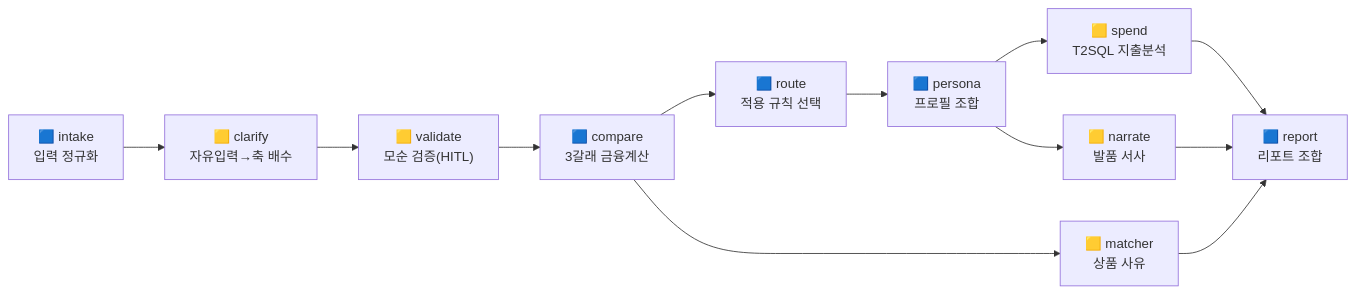
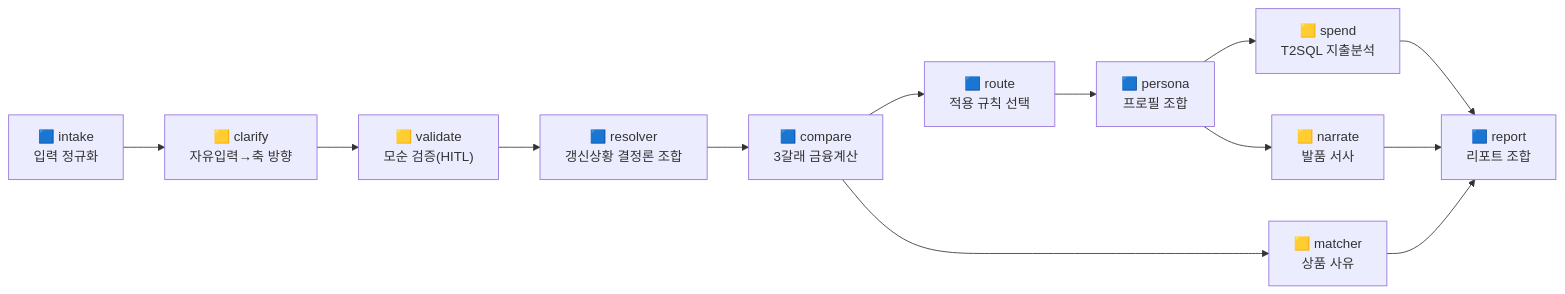
The diagram in docs/에이전트_설계.md (kb-manggi-zip/kb-manggi-zip), drawn with Mermaid before and after one commit. The commit also changed other lines of this file and 10 other files, not shown here.

````diff
--- a/docs/에이전트_설계.md
+++ b/docs/에이전트_설계.md
@@ -10,14 +10,15 @@
 ```mermaid
 flowchart LR
-  I["🟦 intake<br/>입력 정규화"] --> C["🟨 clarify<br/>자유입력→축 배수"]
+  I["🟦 intake<br/>입력 정규화"] --> C["🟨 clarify<br/>자유입력→축 방향"]
   C --> V["🟨 validate<br/>모순 검증(HITL)"]
-  V --> CMP["🟦 compare<br/>3갈래 금융계산"]
+  V --> R["🟦 resolver<br/>갱신상황 결정론 조합"]
+  R --> CMP["🟦 compare<br/>3갈래 금융계산"]
   CMP --> RT["🟦 route<br/>적용 규칙 선택"]
   RT --> PS["🟦 persona<br/>프로필 조합"]
   PS --> SQ["🟨 spend<br/>T2SQL 지출분석"]
   PS --> NA["🟨 narrate<br/>발품 서사"]
   CMP --> MT["🟨 matcher<br/>상품 사유"]
   SQ --> RP["🟦 report<br/>리포트 조합"]
   NA --> RP
   MT --> RP
 ```
````
